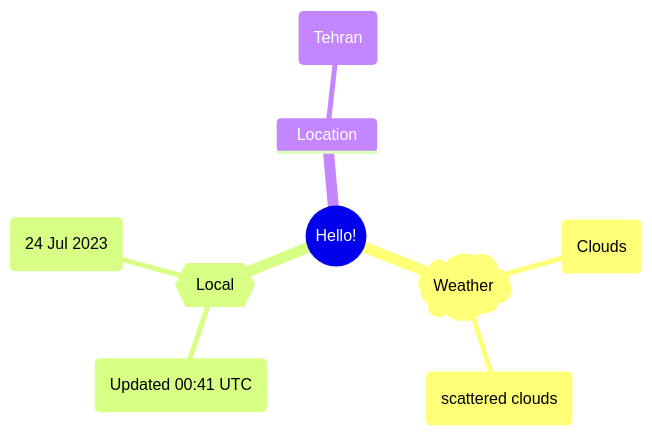
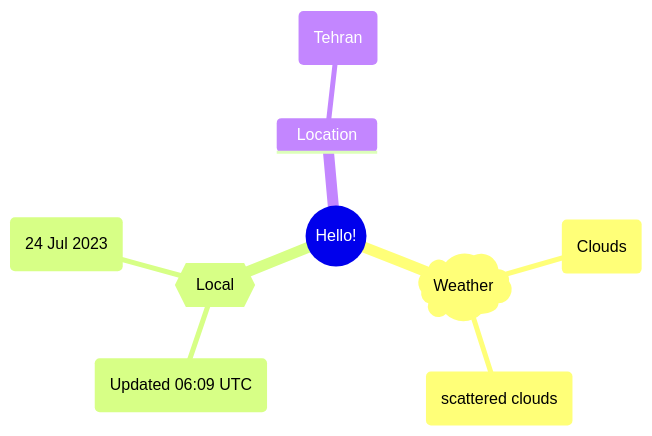
The first of 2 diagrams in README.md (Xosrov/Xosrov), drawn with Mermaid before and after one commit.

Commit message:
[bot] updated images

````diff
--- a/README.md
+++ b/README.md
@@ -3,12 +3,12 @@
 ```mermaid
 mindmap
   root((Hello!))
     )Weather(
         (Clouds)
         (scattered clouds)
     {{Local}}
-        (Updated 00:41 UTC)
+        (Updated 06:09 UTC)
         (24 Jul 2023)
     Location
         (Tehran)
 ```
````
